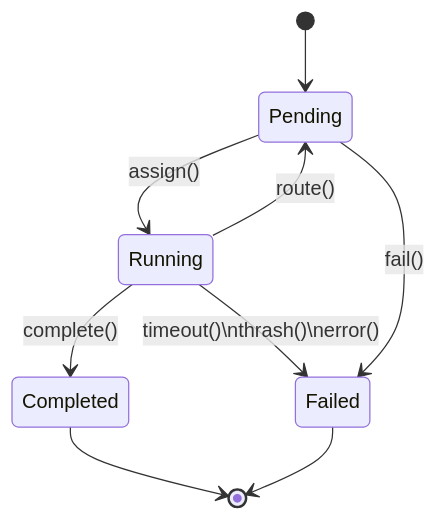
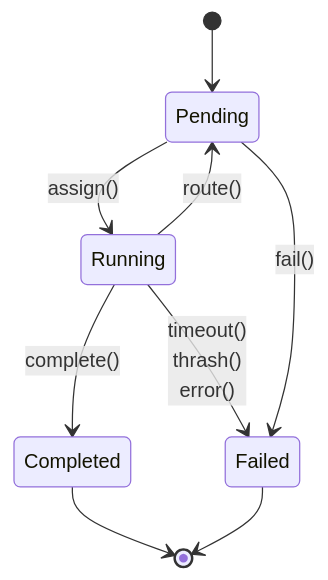
Before and after one commit to really-knows-ai/gideas: the first of 3 diagrams in 01-concepts/03-data-model.md, drawn with Mermaid. The commit also changed other lines of this file and 15 other files, not shown here.

````diff
--- a/01-concepts/03-data-model.md
+++ b/01-concepts/03-data-model.md
@@ -30,11 +30,11 @@
 ```mermaid
 stateDiagram-v2
     [*] --> Pending
     Pending --> Running : assign()
     Running --> Pending : route()
     Running --> Completed : complete()
-    Running --> Failed : timeout()\nthrash()\nerror()
+    Running --> Failed : timeout()<br/>thrash()<br/>error()
     Pending --> Failed : fail()
     Completed --> [*]
     Failed --> [*]
 ```
````
